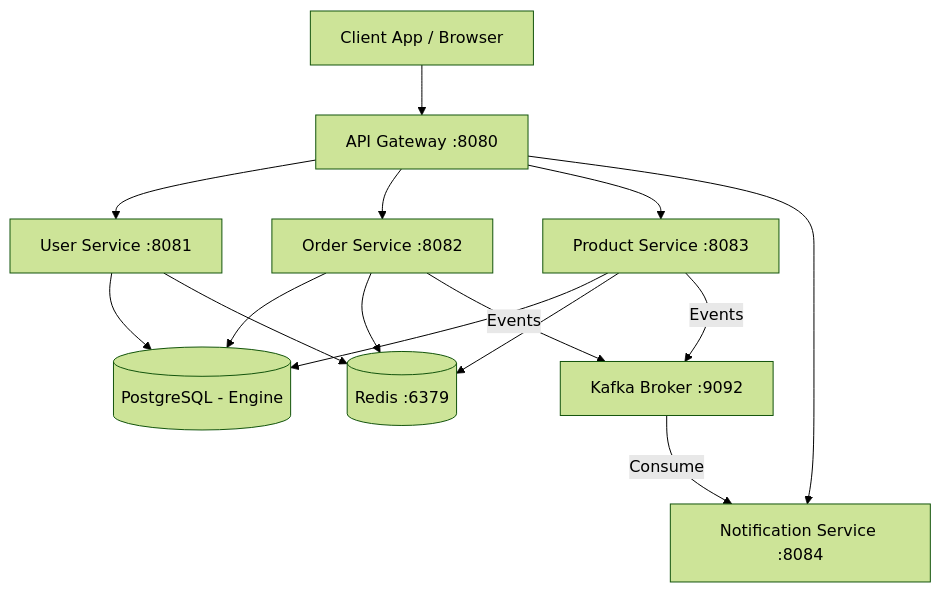
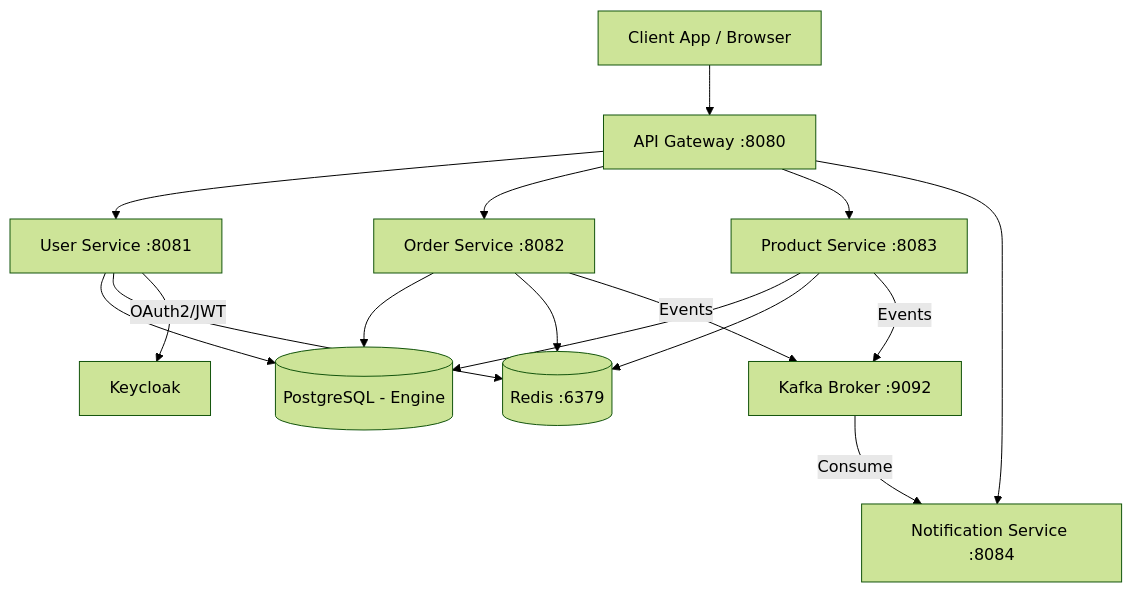
One commit to Aaseya120/Java_21_ReactJs_FullStack changed the diagram in docs/system-design.md. Above: the diagram before and after it, drawn with Mermaid (forest theme). The commit also changed other lines of this file and 9 other files, not shown here.

````diff
--- a/docs/system-design.md
+++ b/docs/system-design.md
@@ -7,20 +7,22 @@
 ```mermaid
 graph TD
     Client[Client App / Browser] --> API[API Gateway :8080]
     API --> Auth[User Service :8081]
     API --> Order[Order Service :8082]
     API --> Product[Product Service :8083]
     API --> Notif[Notification Service :8084]
 
     Auth --> DB1[(PostgreSQL - Engine)]
     Order --> DB1
     Product --> DB1
     
     Auth --> Cache[(Redis :6379)]
     Order --> Cache
     Product --> Cache
     
     Order -- Events --> Kafka[Kafka Broker :9092]
     Product -- Events --> Kafka
     Kafka -- Consume --> Notif
+
+    Auth -- OAuth2/JWT --> Keycloak[Keycloak]
 ```
````
